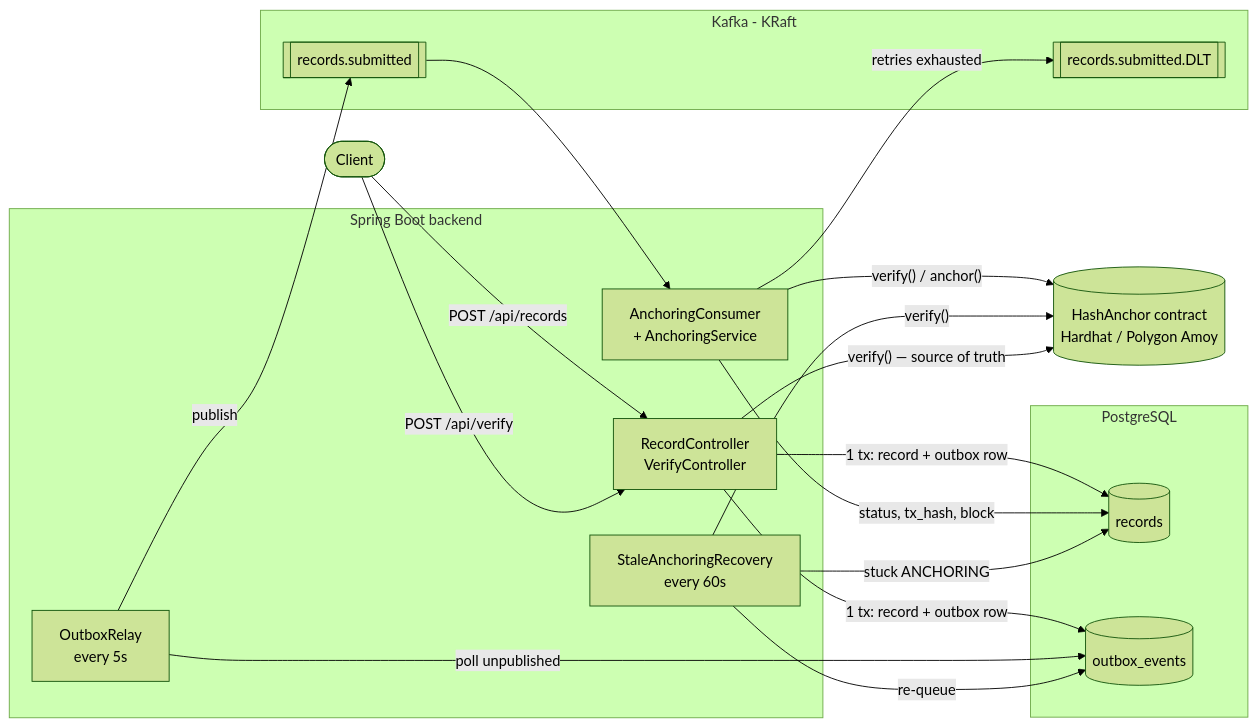
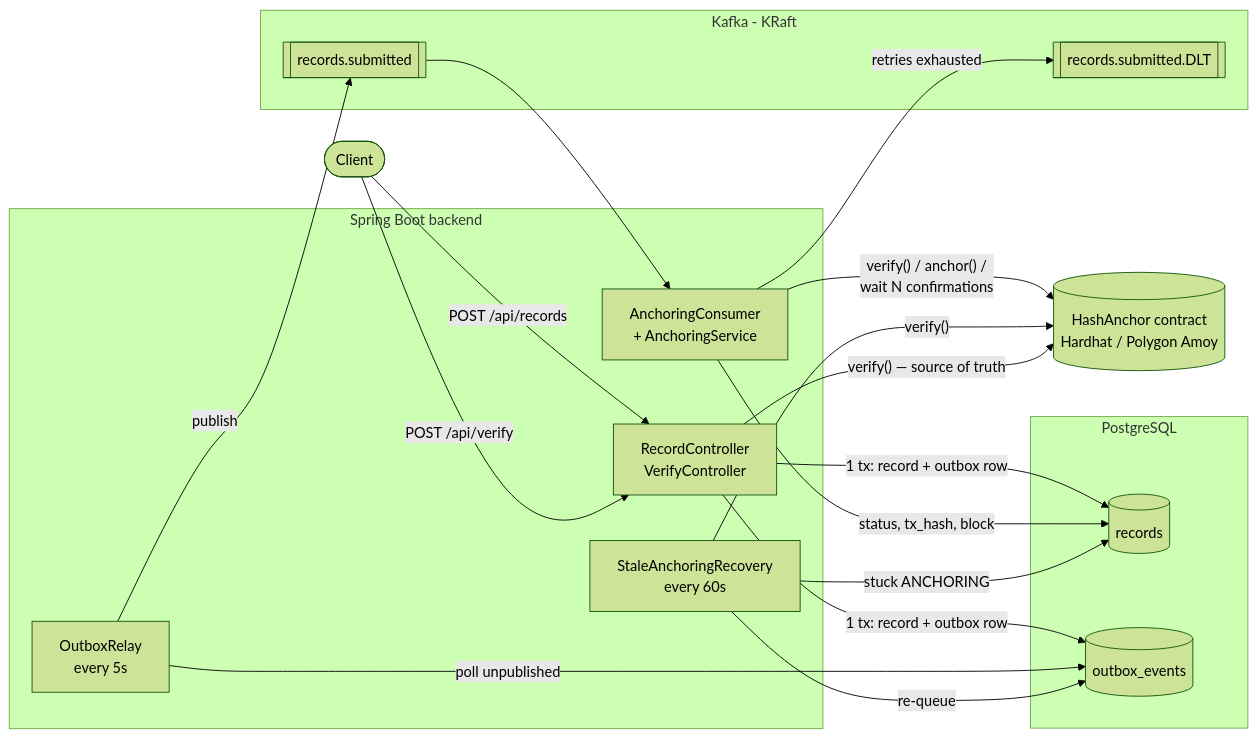
One commit to RijaFaisal/hash-anchoring-service changed the first of 2 diagrams in README.md. Above: the diagram before and after it, drawn with Mermaid (forest theme). The commit also changed other lines of this file and 14 other files, not shown here.

````diff
--- a/README.md
+++ b/README.md
@@ -33,37 +84,37 @@
 ```mermaid
 flowchart LR
     client([Client])
 
     subgraph backend[Spring Boot backend]
         api[RecordController<br/>VerifyController]
         relay[OutboxRelay<br/>every 5s]
         consumer[AnchoringConsumer<br/>+ AnchoringService]
         recovery[StaleAnchoringRecovery<br/>every 60s]
     end
 
     subgraph pg[PostgreSQL]
         records[(records)]
         outbox[(outbox_events)]
     end
 
     subgraph kafka[Kafka - KRaft]
         topic[[records.submitted]]
         dlt[[records.submitted.DLT]]
     end
 
     chain[(HashAnchor contract<br/>Hardhat / Polygon Amoy)]
 
     client -- "POST /api/records" --> api
     api -- "1 tx: record + outbox row" --> records & outbox
     relay -- "poll unpublished" --> outbox
     relay -- publish --> topic
     topic --> consumer
-    consumer -- "verify() / anchor()" --> chain
+    consumer -- "verify() / anchor() /<br/>wait N confirmations" --> chain
     consumer -- "status, tx_hash, block" --> records
     consumer -- "retries exhausted" --> dlt
     recovery -- "stuck ANCHORING" --> records
     recovery -- "verify()" --> chain
     recovery -- "re-queue" --> outbox
     client -- "POST /api/verify" --> api
     api -- "verify() — source of truth" --> chain
 ```
````
